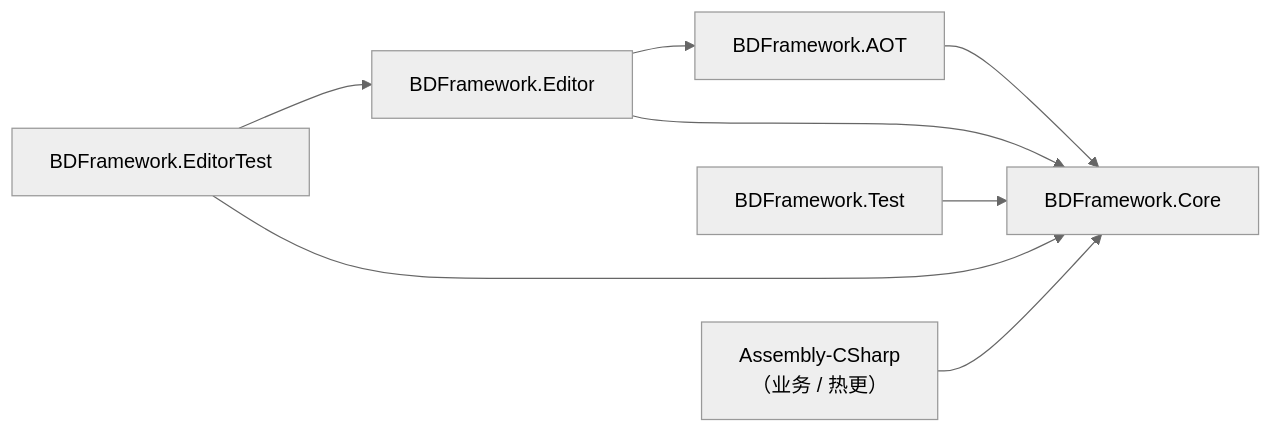
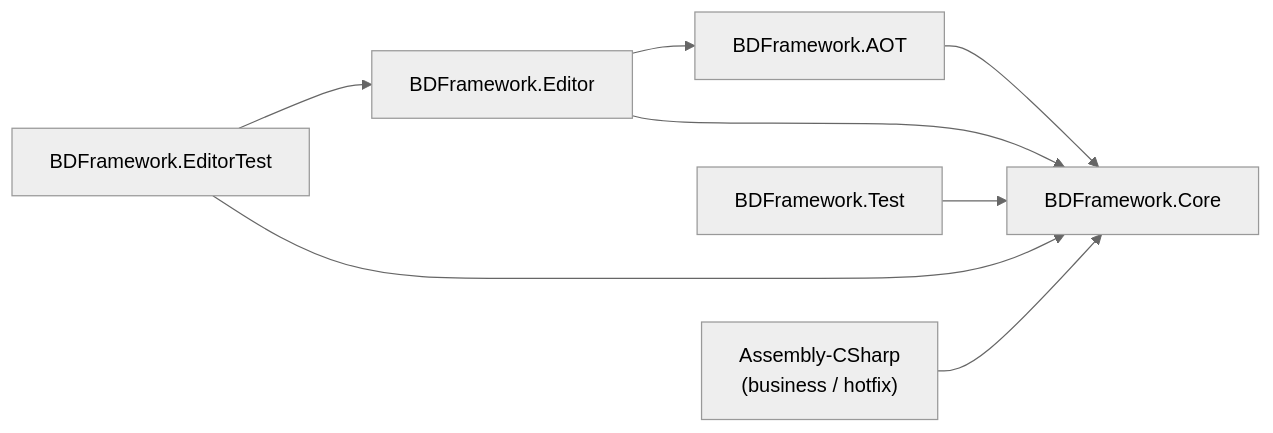
Before and after one commit to yimengfan/BDFramework.Core: the diagram in docs/en/architecture/assemblies.md, drawn with Mermaid (neutral theme). The commit also changed 46 other files, not shown here.

First line of the commit message:
docs(en): 英文站全量翻译 54/54 + Mermaid 标签一致化

````diff
--- a/docs/en/architecture/assemblies.md
+++ b/docs/en/architecture/assemblies.md
@@ -24,17 +24,17 @@
 ```mermaid
 flowchart LR
     AOT["BDFramework.AOT"]
     CORE["BDFramework.Core"]
     EDITOR["BDFramework.Editor"]
     T["BDFramework.Test"]
     ET["BDFramework.EditorTest"]
-    BIZ["Assembly-CSharp<br/>（业务 / 热更）"]
+    BIZ["Assembly-CSharp<br/>(business / hotfix)"]
 
     AOT --> CORE
     EDITOR --> CORE
     EDITOR --> AOT
     T --> CORE
     ET --> CORE
     ET --> EDITOR
     BIZ --> CORE
 ```
````
